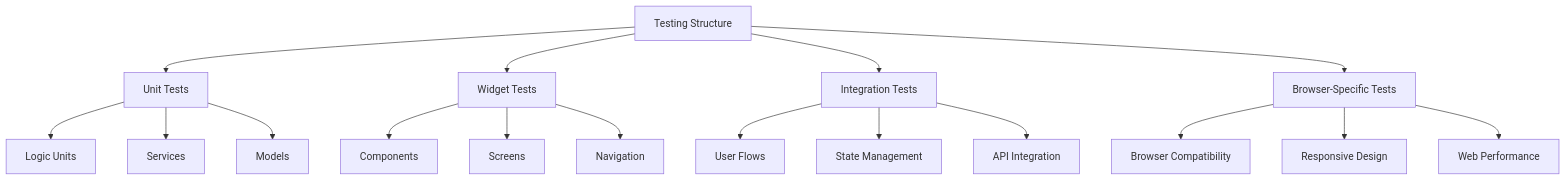
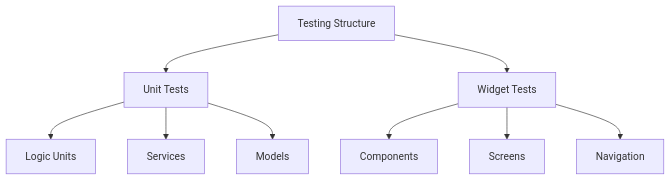
Before and after one commit to Alienjob/meditation_companion: the diagram in docs/code_conventions/testing_strategy.md, drawn with Mermaid. The commit also changed other lines of this file and 12 other files, not shown here.

Commit message:
feat: Implement integration and widget tests for Meditation Companion app

````diff
--- a/docs/code_conventions/testing_strategy.md
+++ b/docs/code_conventions/testing_strategy.md
@@ -5,23 +5,13 @@
 ```mermaid
 graph TD
     A[Testing Structure] --> B[Unit Tests]
     A --> C[Widget Tests]
-    A --> D[Integration Tests]
-    A --> E[Browser-Specific Tests]
     
     B --> B1[Logic Units]
     B --> B2[Services]
     B --> B3[Models]
     
     C --> C1[Components]
     C --> C2[Screens]
     C --> C3[Navigation]
-    
-    D --> D1[User Flows]
-    D --> D2[State Management]
-    D --> D3[API Integration]
-    
-    E --> E1[Browser Compatibility]
-    E --> E2[Responsive Design]
-    E --> E3[Web Performance]
 ```
````
